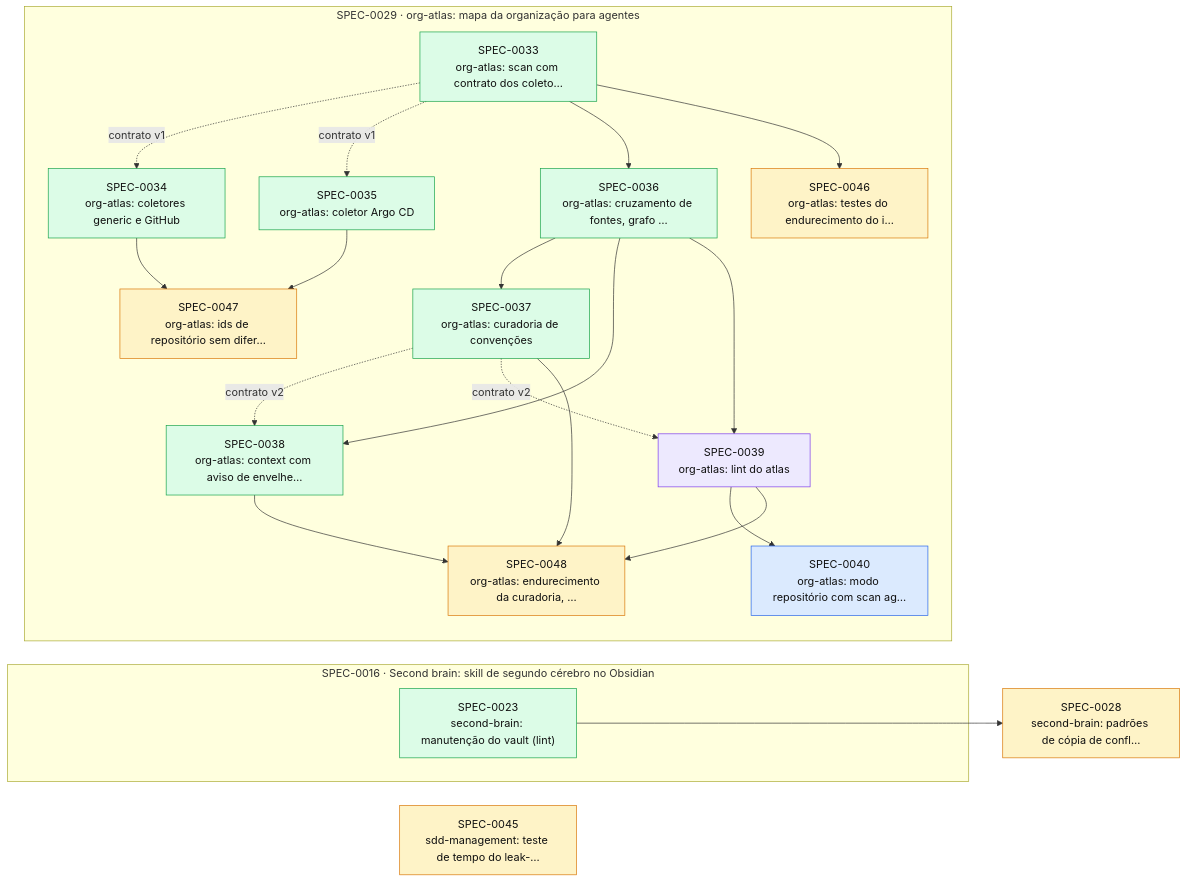
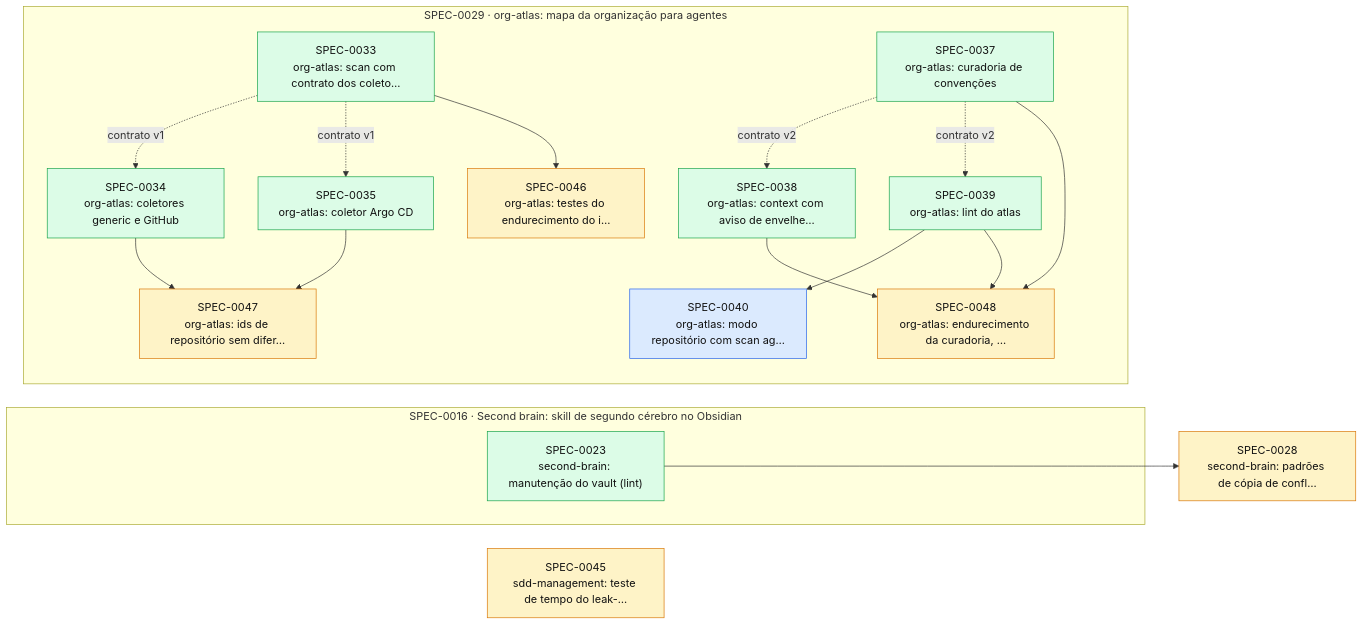
Before and after one commit to thomasravache/ai-dev-brain: the diagram in docs/specs/INDEX.md, drawn with Mermaid. The commit also changed other lines of this file and 1 other file, not shown here.

First line of the commit message:
docs(specs): G7 e fechamento da SPEC-0039

````diff
--- a/docs/specs/INDEX.md
+++ b/docs/specs/INDEX.md
@@ -54,42 +53,37 @@
 ```mermaid
 flowchart LR
   S0028["SPEC-0028<br/>second-brain: padrões de cópia de confl…"]:::proposed
   S0045["SPEC-0045<br/>sdd-management: teste de tempo do leak-…"]:::proposed
   subgraph E0016["SPEC-0016 · Second brain: skill de segundo cérebro no Obsidian"]
     S0023["SPEC-0023<br/>second-brain: manutenção do vault (lint)"]:::implemented
   end
   subgraph E0029["SPEC-0029 · org-atlas: mapa da organização para agentes"]
     S0033["SPEC-0033<br/>org-atlas: scan com contrato dos coleto…"]:::implemented
     S0034["SPEC-0034<br/>org-atlas: coletores generic e GitHub"]:::implemented
     S0035["SPEC-0035<br/>org-atlas: coletor Argo CD"]:::implemented
-    S0036["SPEC-0036<br/>org-atlas: cruzamento de fontes, grafo …"]:::implemented
     S0037["SPEC-0037<br/>org-atlas: curadoria de convenções"]:::implemented
     S0038["SPEC-0038<br/>org-atlas: context com aviso de envelhe…"]:::implemented
-    S0039["SPEC-0039<br/>org-atlas: lint do atlas"]:::inprogress
+    S0039["SPEC-0039<br/>org-atlas: lint do atlas"]:::implemented
     S0040["SPEC-0040<br/>org-atlas: modo repositório com scan ag…"]:::approved
     S0046["SPEC-0046<br/>org-atlas: testes do endurecimento do i…"]:::proposed
     S0047["SPEC-0047<br/>org-atlas: ids de repositório sem difer…"]:::proposed
     S0048["SPEC-0048<br/>org-atlas: endurecimento da curadoria, …"]:::proposed
   end
   S0023 --> S0028
   S0033 -. contrato v1 .-> S0034
   S0033 -. contrato v1 .-> S0035
-  S0033 --> S0036
-  S0036 --> S0037
-  S0036 --> S0038
   S0037 -. contrato v2 .-> S0038
-  S0036 --> S0039
   S0037 -. contrato v2 .-> S0039
   S0039 --> S0040
   S0033 --> S0046
   S0034 --> S0047
   S0035 --> S0047
   S0037 --> S0048
   S0038 --> S0048
   S0039 --> S0048
   classDef proposed fill:#fef3c7,stroke:#d97706,color:#111
   classDef approved fill:#dbeafe,stroke:#2563eb,color:#111
   classDef inprogress fill:#ede9fe,stroke:#7c3aed,color:#111
   classDef implemented fill:#dcfce7,stroke:#16a34a,color:#111
   classDef deprecated fill:#f3f4f6,stroke:#9ca3af,color:#6b7280
 ```
````
